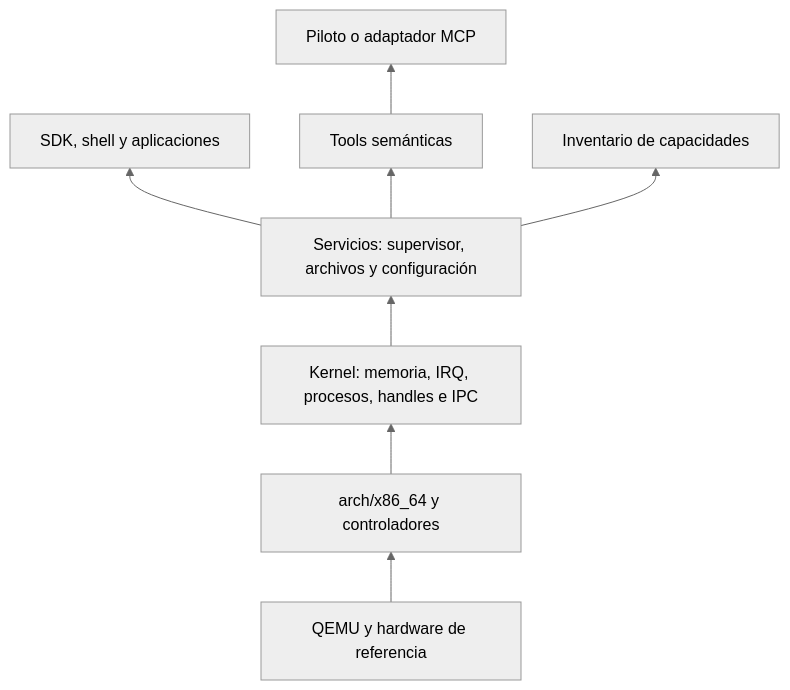
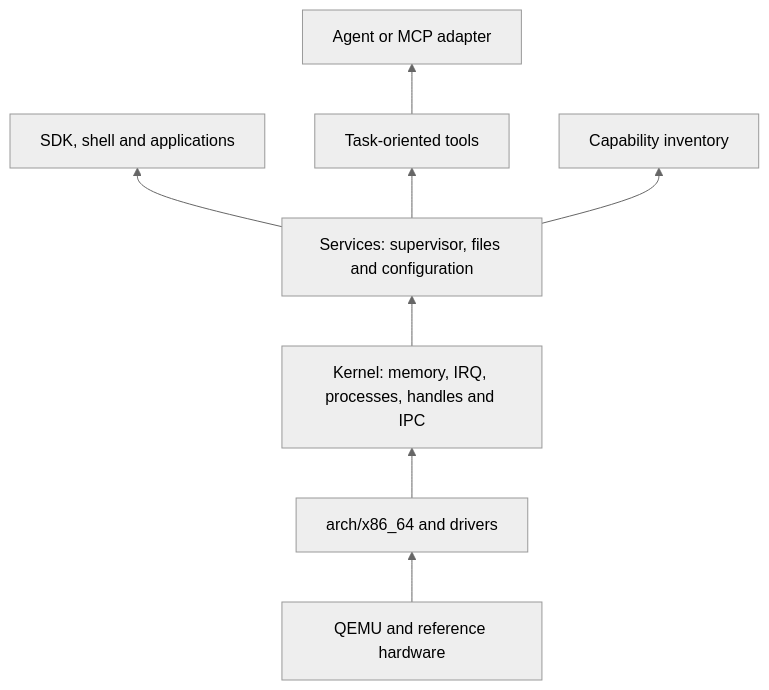
One commit to alseif0x/rustic-os changed the diagram in docs/architecture/ADR-0001-kernel-and-boot.md. Above: the diagram before and after it, drawn with Mermaid (neutral theme). The commit also changed other lines of this file and 19 other files, not shown here.

````diff
--- a/docs/architecture/ADR-0001-kernel-and-boot.md
+++ b/docs/architecture/ADR-0001-kernel-and-boot.md
@@ -27,10 +27,10 @@
 ```mermaid
 flowchart BT
-    H["QEMU y hardware de referencia"] --> A["arch/x86_64 y controladores"]
-    A --> K["Kernel: memoria, IRQ, procesos, handles e IPC"]
-    K --> S["Servicios: supervisor, archivos y configuración"]
-    S --> U["SDK, shell y aplicaciones"]
-    S --> T["Tools semánticas"]
-    T --> P["Piloto o adaptador MCP"]
-    S --> C["Inventario de capacidades"]
+    H["QEMU and reference hardware"] --> A["arch/x86_64 and drivers"]
+    A --> K["Kernel: memory, IRQ, processes, handles and IPC"]
+    K --> S["Services: supervisor, files and configuration"]
+    S --> U["SDK, shell and applications"]
+    S --> T["Task-oriented tools"]
+    T --> P["Agent or MCP adapter"]
+    S --> C["Capability inventory"]
 ```
````
